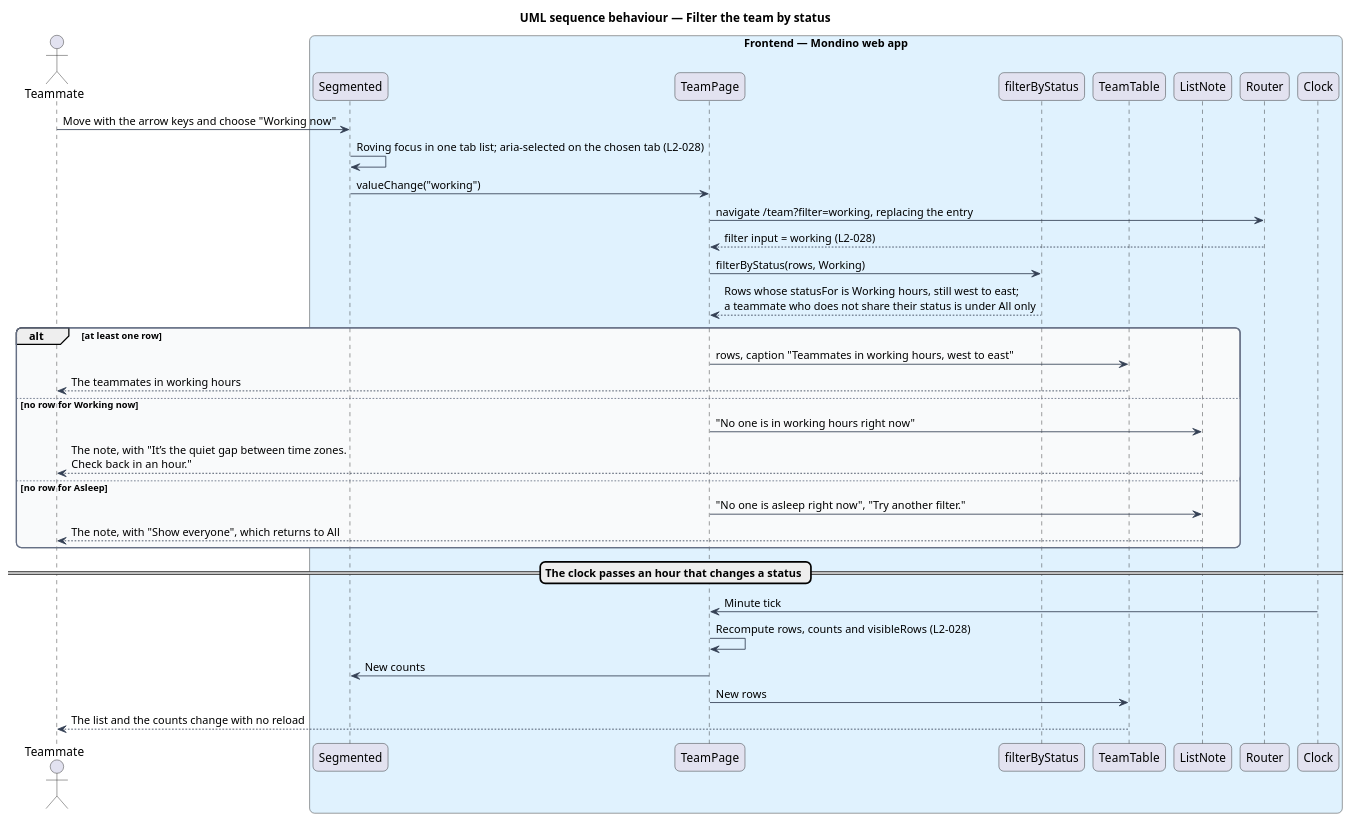
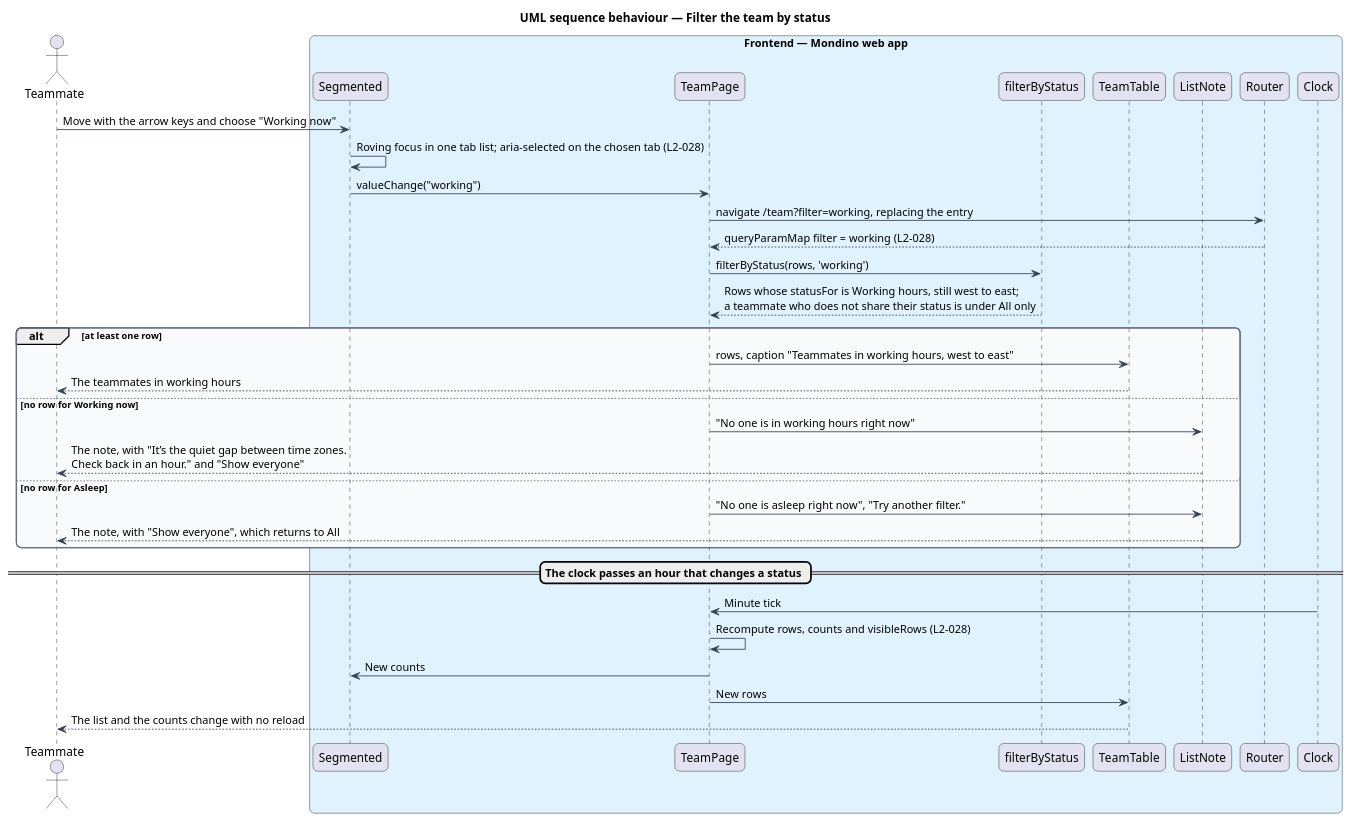
One commit to QuinntyneBrown/Mondino changed the diagram in docs/detailed-designs/team/view-team-through-the-day/diagrams/sequence-filter-by-status.puml. Above: the diagram before and after it, drawn with PlantUML. The commit also changed 35 other files, not shown here.

```diff
--- a/docs/detailed-designs/team/view-team-through-the-day/diagrams/sequence-filter-by-status.puml
+++ b/docs/detailed-designs/team/view-team-through-the-day/diagrams/sequence-filter-by-status.puml
@@ -1,50 +1,50 @@
 @startuml
 title UML sequence behaviour — Filter the team by status
 skinparam backgroundColor #FFFFFF
 skinparam shadowing false
 skinparam roundcorner 12
 skinparam defaultFontName Arial
 skinparam ArrowColor #344054
 skinparam rectangle {
   BorderColor #344054
   FontColor #101828
 }
 skinparam package {
   BorderColor #667085
   FontColor #101828
   BackgroundColor #F9FAFB
 }
 actor "Teammate" as actor
 box "Frontend — Mondino web app" #E0F2FE
   participant "Segmented" as chips
   participant "TeamPage" as page
   participant "filterByStatus" as fn
   participant "TeamTable" as table
   participant "ListNote" as note
   participant "Router" as router
   participant "Clock" as clock
 end box
 actor -> chips : Move with the arrow keys and choose "Working now"
 chips -> chips : Roving focus in one tab list; aria-selected on the chosen tab (L2-028)
 chips -> page : valueChange("working")
 page -> router : navigate /team?filter=working, replacing the entry
-router --> page : filter input = working (L2-028)
-page -> fn : filterByStatus(rows, Working)
+router --> page : queryParamMap filter = working (L2-028)
+page -> fn : filterByStatus(rows, 'working')
 fn --> page : Rows whose statusFor is Working hours, still west to east;\na teammate who does not share their status is under All only
 alt at least one row
   page -> table : rows, caption "Teammates in working hours, west to east"
   table --> actor : The teammates in working hours
 else no row for Working now
   page -> note : "No one is in working hours right now"
-  note --> actor : The note, with "It’s the quiet gap between time zones.\nCheck back in an hour."
+  note --> actor : The note, with "It’s the quiet gap between time zones.\nCheck back in an hour." and "Show everyone"
 else no row for Asleep
   page -> note : "No one is asleep right now", "Try another filter."
   note --> actor : The note, with "Show everyone", which returns to All
 end
 == The clock passes an hour that changes a status ==
 clock -> page : Minute tick
 page -> page : Recompute rows, counts and visibleRows (L2-028)
 page -> chips : New counts
 page -> table : New rows
 table --> actor : The list and the counts change with no reload
 @enduml
```
